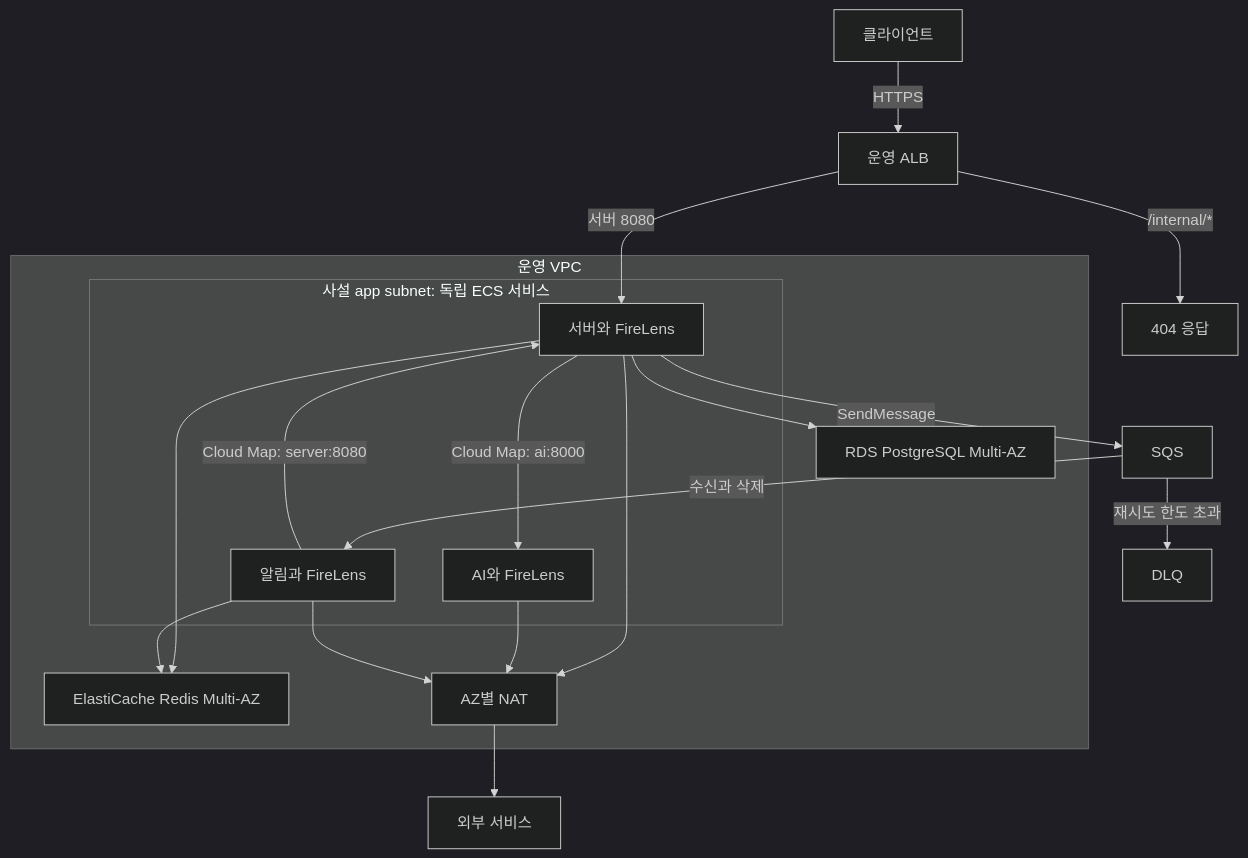
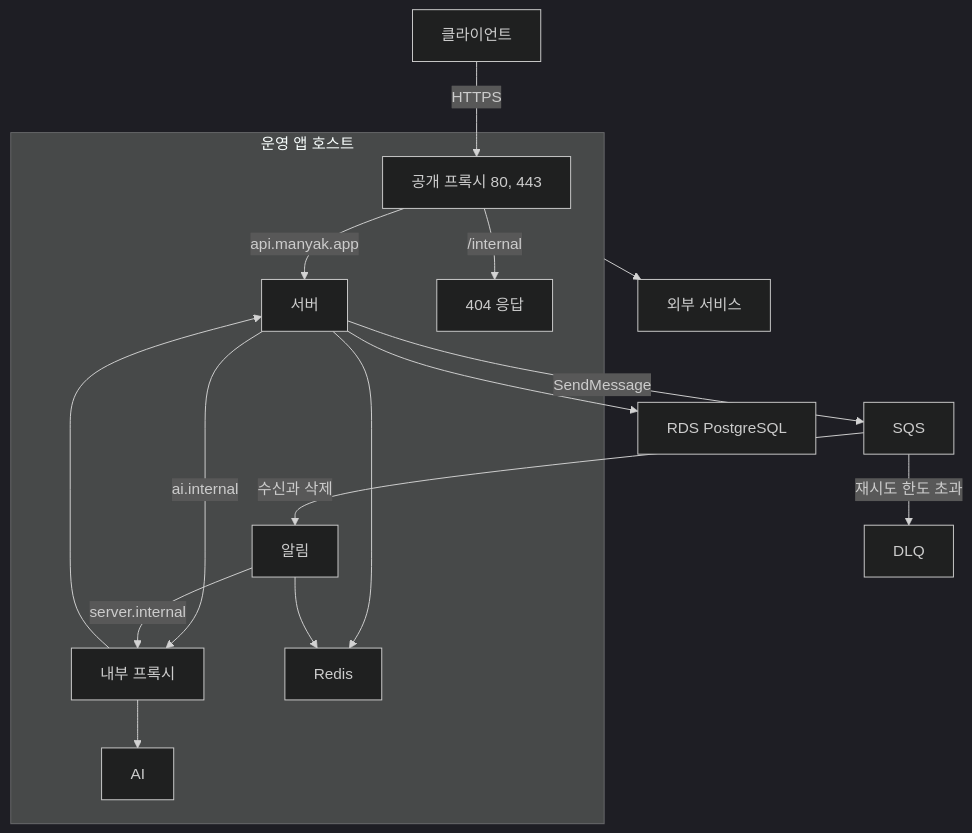
Before and after one commit to KIM-N-KANG/knk-harness: the first of 5 diagrams in docs/operations/DEPLOYMENT.md, drawn with Mermaid (dark theme). The commit also changed other lines of this file and 33 other files, not shown here.

````diff
--- a/docs/operations/DEPLOYMENT.md
+++ b/docs/operations/DEPLOYMENT.md
@@ -48,25 +49,26 @@
 ```mermaid
 flowchart TD
-    U["클라이언트"] -->|HTTPS| A["운영 ALB"]
-    A -->|서버 8080| S
-    A -->|/internal/*| X["404 응답"]
-    subgraph V["운영 VPC"]
-        subgraph APP["사설 app subnet: 독립 ECS 서비스"]
-            S["서버와 FireLens"]
-            AI["AI와 FireLens"]
-            N["알림과 FireLens"]
-        end
-        S -->|Cloud Map: ai:8000| AI
-        N -->|Cloud Map: server:8080| S
-        S --> D["RDS PostgreSQL Multi-AZ"]
-        S --> R["ElastiCache Redis Multi-AZ"]
-        N --> R
-        S --> NAT["AZ별 NAT"]
-        AI --> NAT
-        N --> NAT
+    subgraph H["운영 앱 호스트"]
+        P["공개 프록시 80, 443"]
+        S["서버"]
+        AI["AI"]
+        N["알림"]
+        I["내부 프록시"]
+        R["Redis"]
+        X["404 응답"]
     end
+    U["클라이언트"] -->|HTTPS| P
+    P -->|api.manyak.app| S
+    P -->|/internal| X
+    S -->|ai.internal| I
+    N -->|server.internal| I
+    I --> AI
+    I --> S
+    S --> R
+    N --> R
+    S --> D["RDS PostgreSQL"]
     S -->|SendMessage| Q["SQS"]
     Q -->|수신과 삭제| N
     Q -->|재시도 한도 초과| DLQ["DLQ"]
-    NAT --> E["외부 서비스"]
+    H --> E["외부 서비스"]
 ```
````
